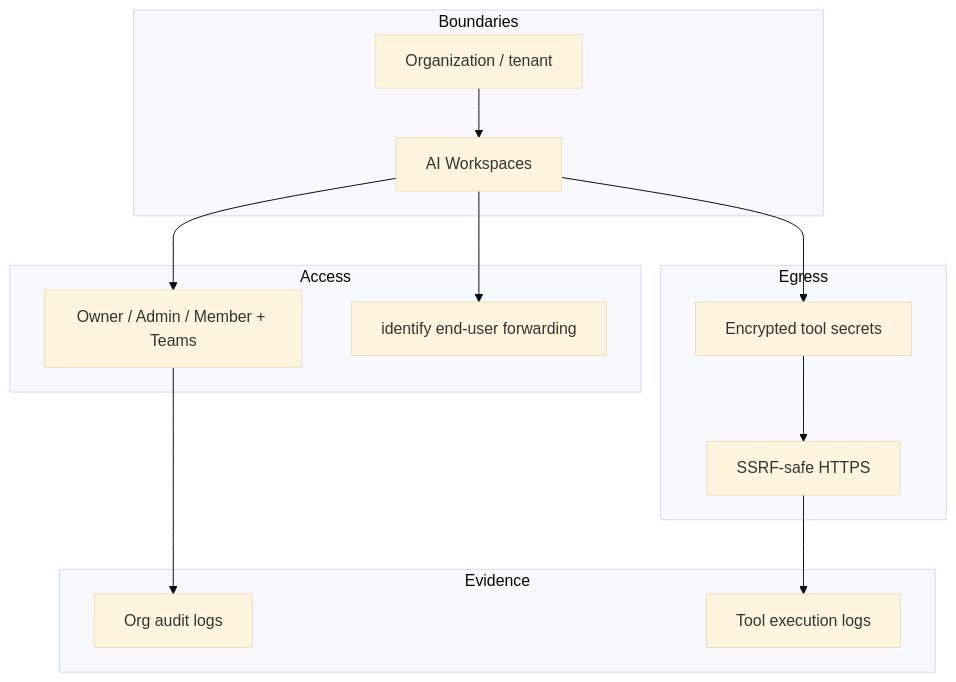
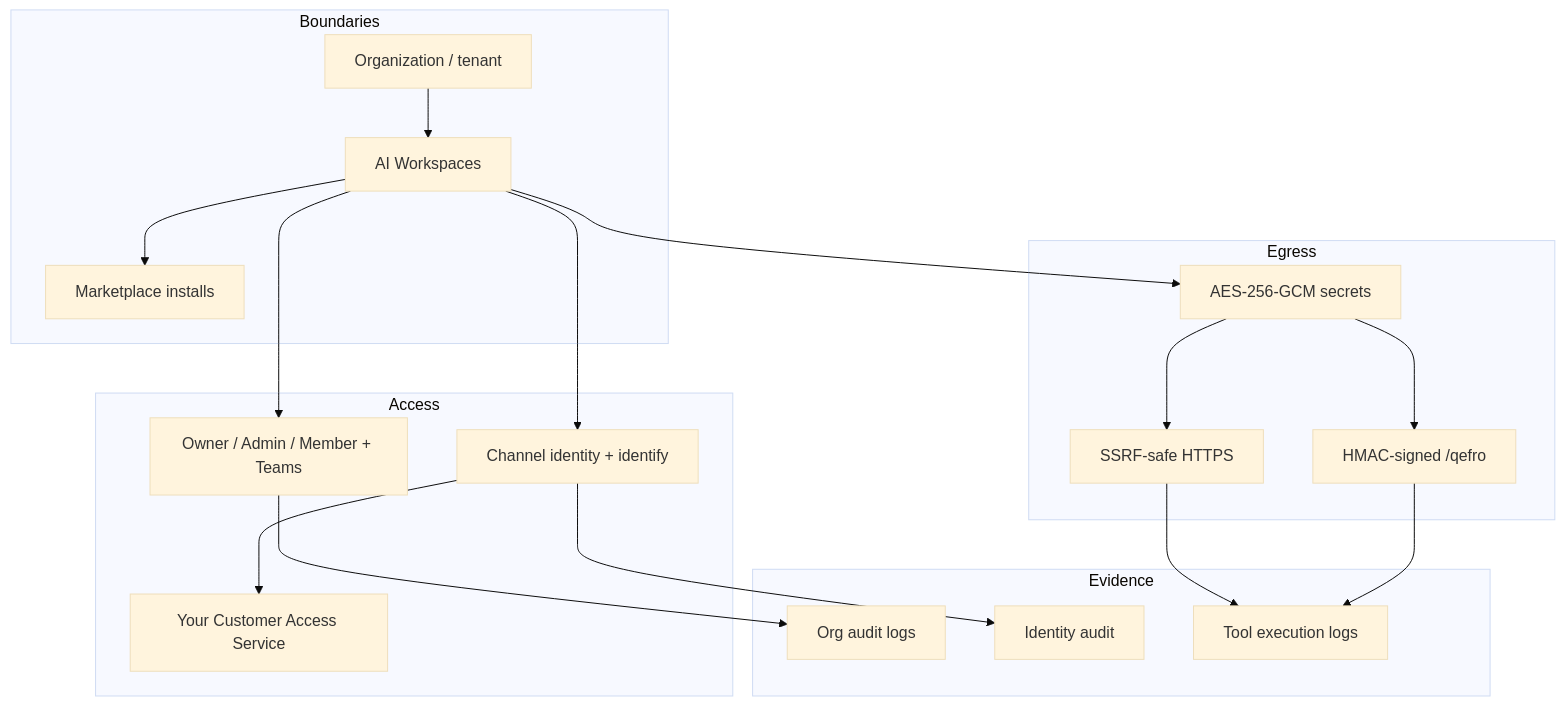
Before and after one commit to qefro-ai/qefro-documentation: the diagram in docs/security/overview.mdx, drawn with Mermaid (base theme). The commit also changed other lines of this file and 24 other files, not shown here.

````diff
--- a/docs/security/overview.mdx
+++ b/docs/security/overview.mdx
@@ -40,25 +83,35 @@
 ```mermaid
 flowchart TB
   subgraph Boundaries
     Org[Organization / tenant]
     WS[AI Workspaces]
+    Install[Marketplace installs]
   end
   subgraph Access
     RBAC[Owner / Admin / Member + Teams]
-    ID[identify end-user forwarding]
+    ID[Channel identity + identify]
+    CAS[Your Customer Access Service]
   end
   subgraph Egress
-    Sec[Encrypted tool secrets]
+    Enc[AES-256-GCM secrets]
+    HMAC[HMAC-signed /qefro]
     SSRF[SSRF-safe HTTPS]
   end
   subgraph Evidence
     AL[Org audit logs]
+    IA[Identity audit]
     TL[Tool execution logs]
   end
   Org --> WS
+  WS --> Install
   WS --> RBAC
   WS --> ID
-  WS --> Sec --> SSRF
+  ID --> CAS
+  WS --> Enc
+  Enc --> HMAC
+  Enc --> SSRF
   RBAC --> AL
+  ID --> IA
   SSRF --> TL
+  HMAC --> TL
 ```
````
